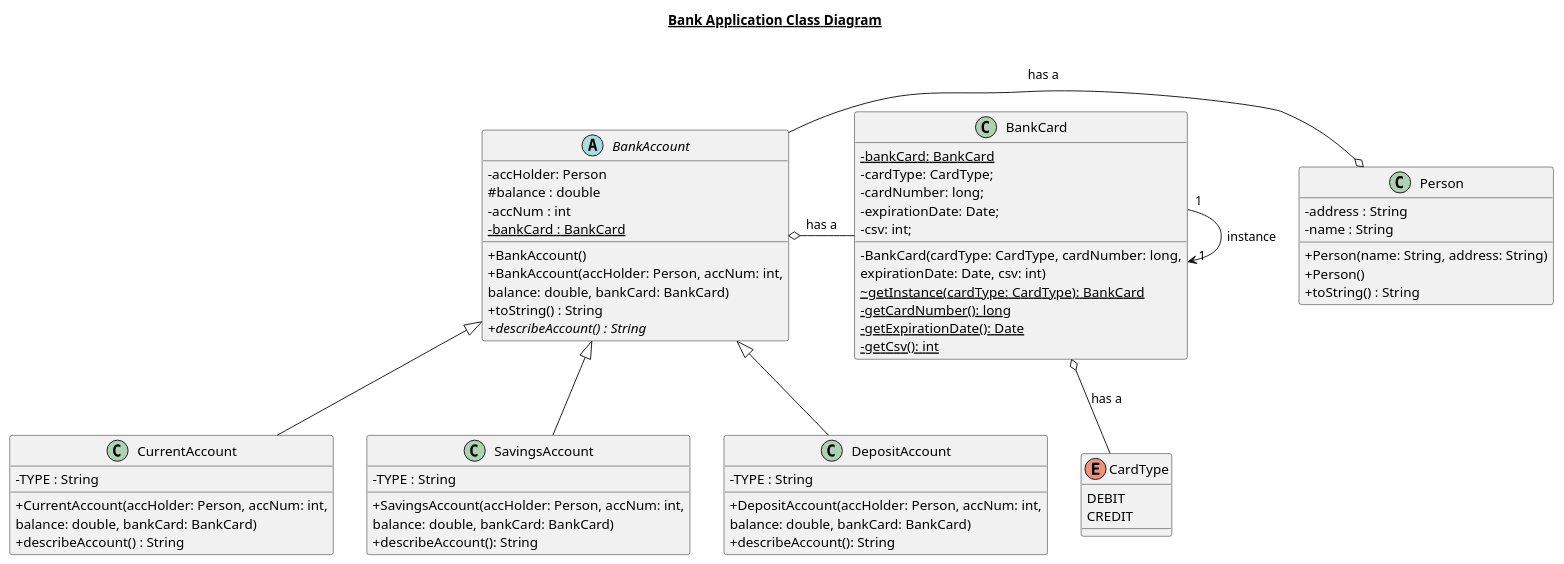
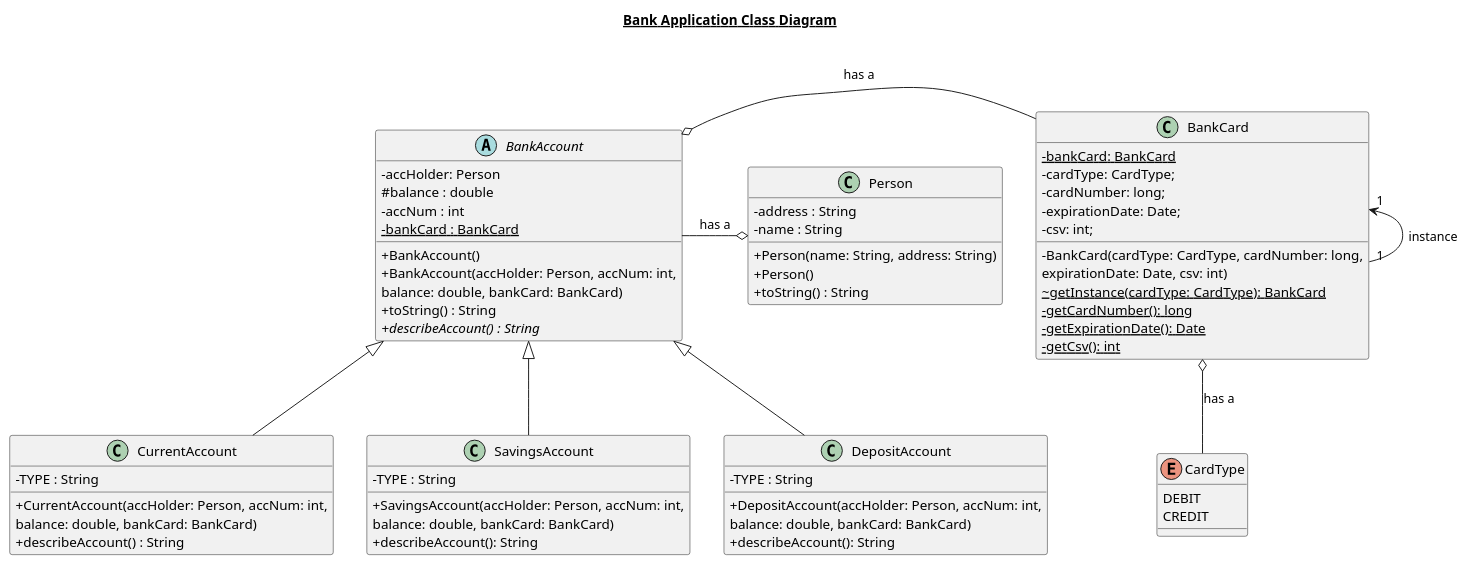
One commit to GraceOSullivan/SoftwareDesignPatterns changed the diagram in PlantUMLDiagrams/Singleton/AfterSingletonImplemented.puml. Above: the diagram before and after it, drawn with PlantUML. The commit also changed 2 other files, not shown here.

```diff
--- a/PlantUMLDiagrams/Singleton/AfterSingletonImplemented.puml
+++ b/PlantUMLDiagrams/Singleton/AfterSingletonImplemented.puml
@@ -1,75 +1,75 @@
 @startuml
 skinparam classAttributeIconSize 0
 
 
 title __Bank Application Class Diagram__\n
 
 abstract class BankAccount {
     - accHolder: Person
     # balance : double
     - accNum : int
     - {static} bankCard : BankCard
     + BankAccount()
     + BankAccount(accHolder: Person, accNum: int,
     balance: double, bankCard: BankCard)
     + toString() : String
     {abstract} + describeAccount() : String
  }
 
  class CurrentAccount {
     - TYPE : String
     + CurrentAccount(accHolder: Person, accNum: int,
     balance: double, bankCard: BankCard)
     + describeAccount() : String
  }
 
  class Person {
     - address : String
     - name : String
     + Person(name: String, address: String)
     + Person()
     + toString() : String
  }
 
  class SavingsAccount {
     - TYPE : String
     + SavingsAccount(accHolder: Person, accNum: int,
     balance: double, bankCard: BankCard)
     + describeAccount(): String
  }
 
  class DepositAccount {
     - TYPE : String
     + DepositAccount(accHolder: Person, accNum: int,
     balance: double, bankCard: BankCard)
     + describeAccount(): String
  }
 
  class BankCard {
      - {static} bankCard: BankCard
      - cardType: CardType;
      - cardNumber: long;
      - expirationDate: Date;
      - csv: int;
      - BankCard(cardType: CardType, cardNumber: long,
      expirationDate: Date, csv: int)
      ~ {static} getInstance(cardType: CardType): BankCard
      - {static} getCardNumber(): long
      - {static} getExpirationDate(): Date
      - {static} getCsv(): int
  }
 
 enum CardType {
   DEBIT
   CREDIT
 }
 
   BankAccount -right-o Person : has a
   BankAccount o-right- BankCard : has a
   BankCard o-down- CardType : has a
   CurrentAccount -up-|> BankAccount
   SavingsAccount -up-|> BankAccount
   DepositAccount -up-|> BankAccount
-  BankCard "1" --> " 1" BankCard: instance
+  BankCard "1" -up-> "1" BankCard: instance
 
 @enduml
```
